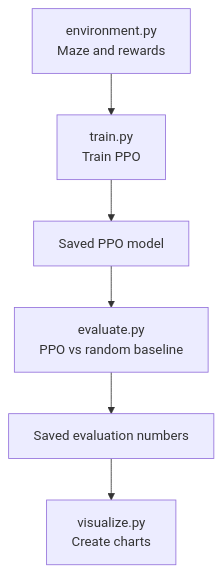
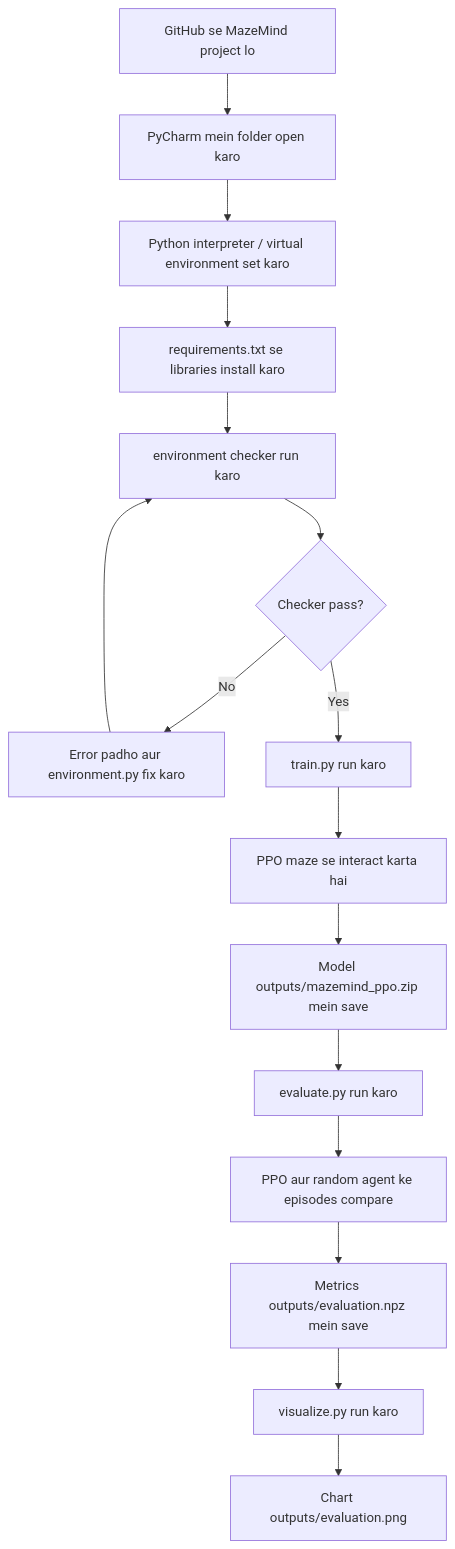
Before and after one commit to ADxSD-143/MazeMind: the diagram in README.md, drawn with Mermaid. The commit also changed other lines of this file, not shown here.

````diff
--- a/README.md
+++ b/README.md
@@ -13,8 +15,18 @@
 ```mermaid
 flowchart TD
-    A[environment.py<br/>Maze and rewards] --> B[train.py<br/>Train PPO]
-    B --> C[Saved PPO model]
-    C --> D[evaluate.py<br/>PPO vs random baseline]
-    D --> E[Saved evaluation numbers]
-    E --> F[visualize.py<br/>Create charts]
+    A[GitHub se MazeMind project lo] --> B[PyCharm mein folder open karo]
+    B --> C[Python interpreter / virtual environment set karo]
+    C --> D[requirements.txt se libraries install karo]
+    D --> E[environment checker run karo]
+    E --> F{Checker pass?}
+    F -- No --> G[Error padho aur environment.py fix karo]
+    G --> E
+    F -- Yes --> H[train.py run karo]
+    H --> I[PPO maze se interact karta hai]
+    I --> J[Model outputs/mazemind_ppo.zip mein save]
+    J --> K[evaluate.py run karo]
+    K --> L[PPO aur random agent ke episodes compare]
+    L --> M[Metrics outputs/evaluation.npz mein save]
+    M --> N[visualize.py run karo]
+    N --> O[Chart outputs/evaluation.png]
 ```
````
